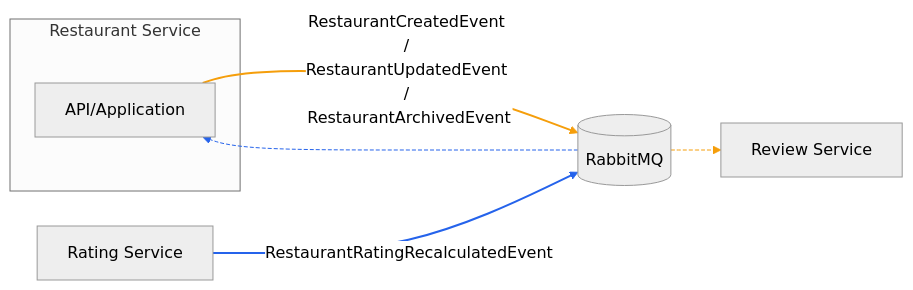
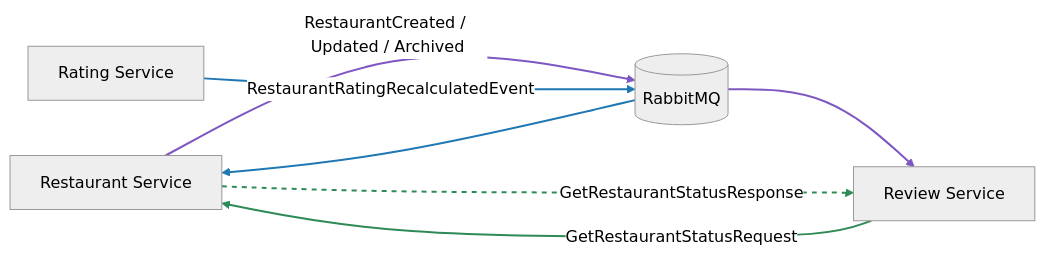
The diagram in docs/services/RestaurantService.md (bagermoon/otuscode), drawn with Mermaid (neutral theme) before and after one commit. The commit also changed other lines of this file and 9 other files, not shown here.

Commit message:
docs(services): update service documentation and diagrams

````diff
--- a/docs/services/RestaurantService.md
+++ b/docs/services/RestaurantService.md
@@ -81,26 +28,23 @@
 ```mermaid
 flowchart LR
-    %% Исходящие события сервиса Restaurant
-    subgraph Restaurant_Service[Restaurant Service]
-        RS[API/Application]
-    end
+    REST[Restaurant Service]
+    REV[Review Service]
+    RAT[Rating Service]
+    MQ[(RabbitMQ)]
 
-    RS -- RestaurantCreatedEvent / RestaurantUpdatedEvent / RestaurantArchivedEvent --> MQ[(RabbitMQ)]
+    REST -->|RestaurantCreated / Updated / Archived| MQ
+    MQ --> REV
 
-    MQ --> ReviewSvc[Review Service]
+    RAT -->|RestaurantRatingRecalculatedEvent| MQ
+    MQ --> REST
 
-    %% Входящая проекция рейтинга
-    RatingSvc[Rating Service] -- RestaurantRatingRecalculatedEvent --> MQ
-    MQ --> RS
-
-    %% Подсветка стрелок для визуализации семейств событий
-    %% 0: RS->MQ (события Restaurant)
-    linkStyle 0 stroke:#f59e0b,stroke-width:2px
-    %% 1: MQ->ReviewSvc (доставка событий Restaurant)
-    linkStyle 1 stroke:#f59e0b,stroke-dasharray: 4 2
-
-    %% 2: RatingSvc->MQ (проекция рейтинга)
-    linkStyle 2 stroke:#2563eb,stroke-width:2px
-    %% 3: MQ->RS (доставка проекции рейтинга)
-    linkStyle 3 stroke:#2563eb,stroke-dasharray: 4 2
+    REV --> |GetRestaurantStatusRequest| REST
+    REST -. GetRestaurantStatusResponse .-> REV
+    
+    linkStyle 0 stroke:#7e57c2,stroke-width:2px
+    linkStyle 1 stroke:#7e57c2,stroke-width:2px
+    linkStyle 2 stroke:#1f77b4,stroke-width:2px
+    linkStyle 3 stroke:#1f77b4,stroke-width:2px
+    linkStyle 4 stroke:#2e8b57,stroke-width:2px
+    linkStyle 5 stroke:#2e8b57,stroke-width:2px,stroke-dasharray:5 5
 ```
````
